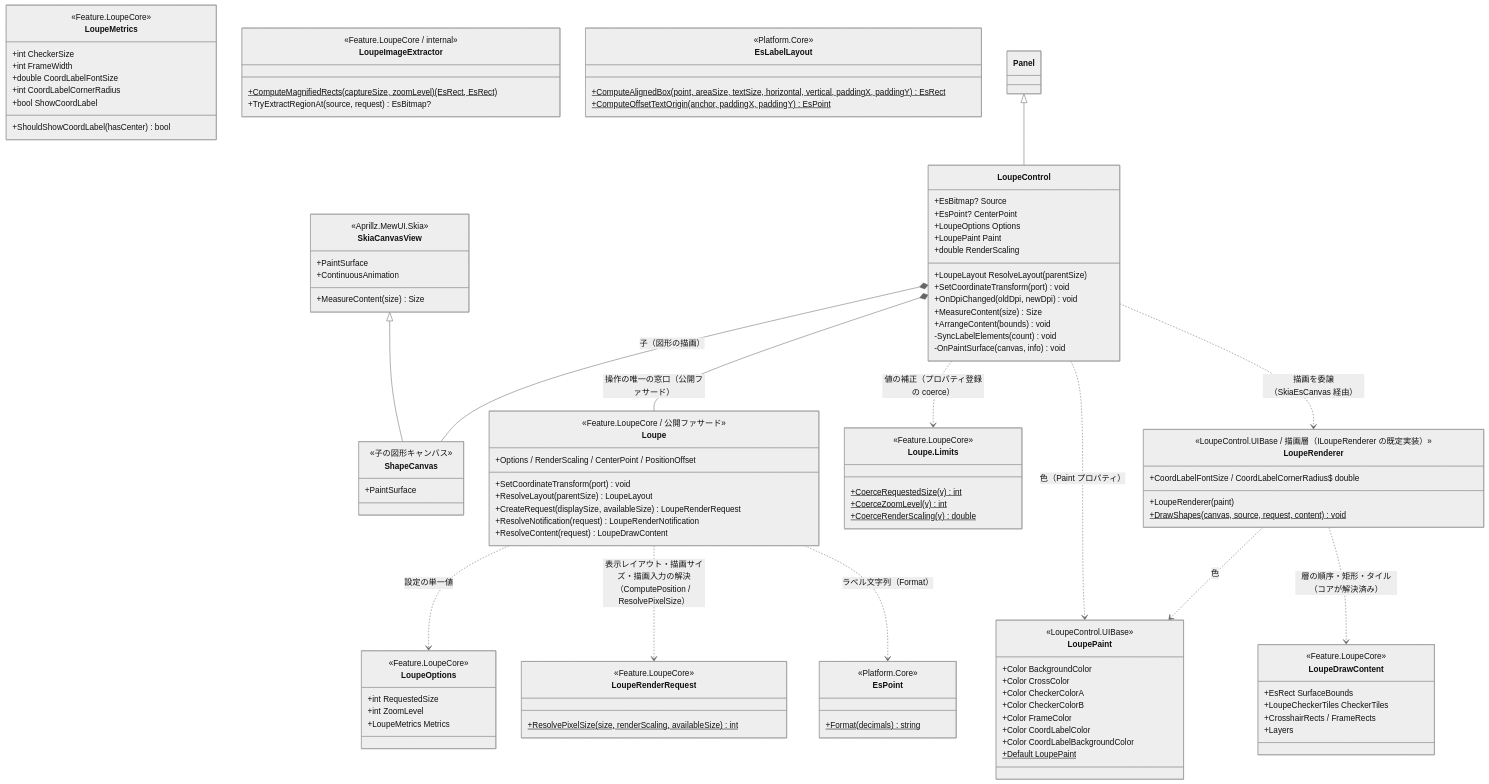
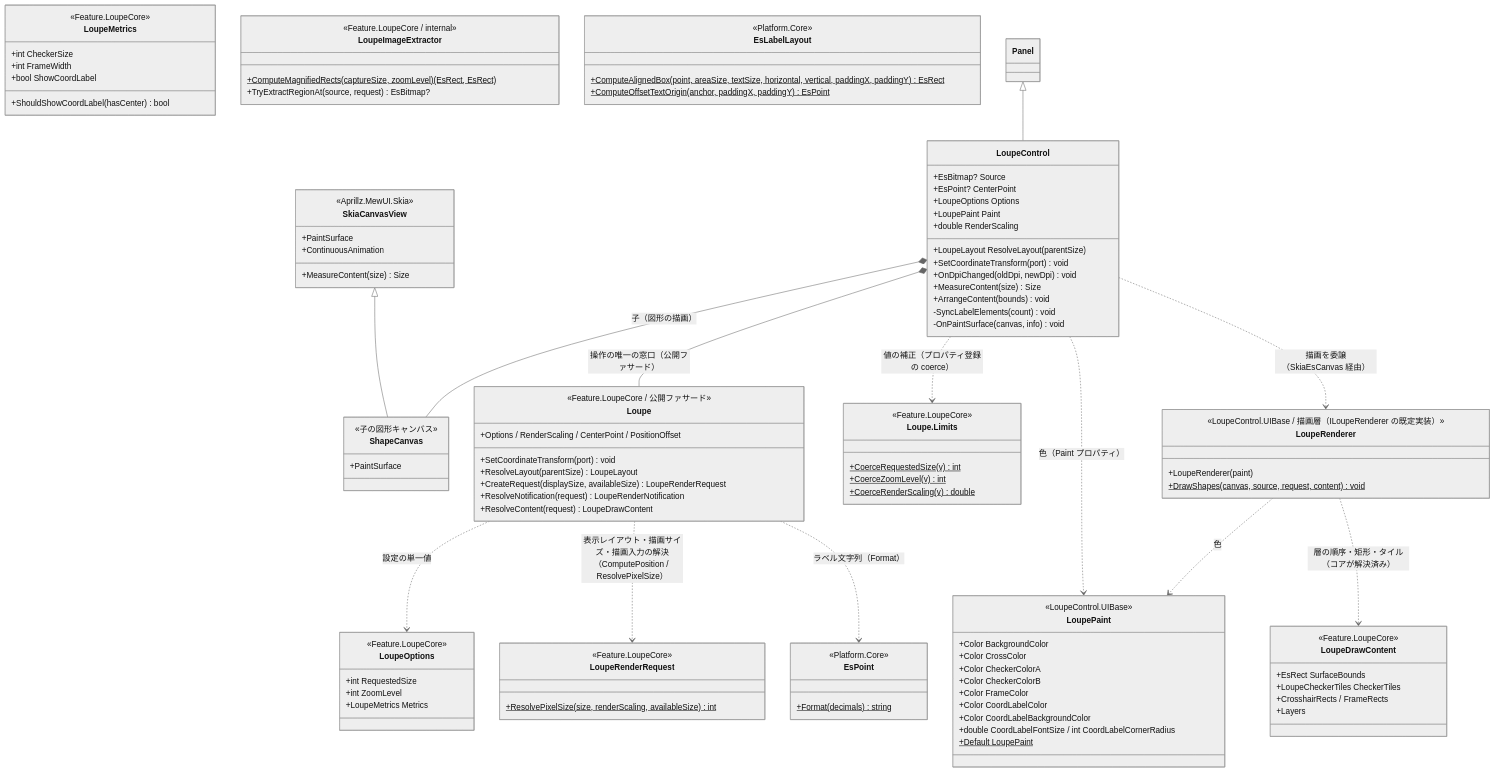
One commit to tomokuni/SaveEvidence changed the first of 2 diagrams in src/LoupeControl.MewUI/SPEC_System.md. Above: the diagram before and after it, drawn with Mermaid (neutral theme). The commit also changed other lines of this file and 113 other files, not shown here.

```diff
--- a/src/LoupeControl.MewUI/SPEC_System.md
+++ b/src/LoupeControl.MewUI/SPEC_System.md
@@ -109,8 +109,6 @@
         <<Feature.LoupeCore>>
         +int CheckerSize
         +int FrameWidth
-        +double CoordLabelFontSize
-        +int CoordLabelCornerRadius
         +bool ShowCoordLabel
         +ShouldShowCoordLabel(hasCenter) bool
     }
@@ -123,13 +121,13 @@
         +Color FrameColor
         +Color CoordLabelColor
         +Color CoordLabelBackgroundColor
+        +double CoordLabelFontSize / int CoordLabelCornerRadius
         +Default LoupePaint$
     }
     class LoupeRenderer {
         <<LoupeControl.UIBase / 描画層（ILoupeRenderer の既定実装）>>
         +LoupeRenderer(paint)
         +DrawShapes(canvas, source, request, content)$ void
-        +CoordLabelFontSize / CoordLabelCornerRadius$ double
     }
     class Loupe.Limits {
         <<Feature.LoupeCore>>
```
